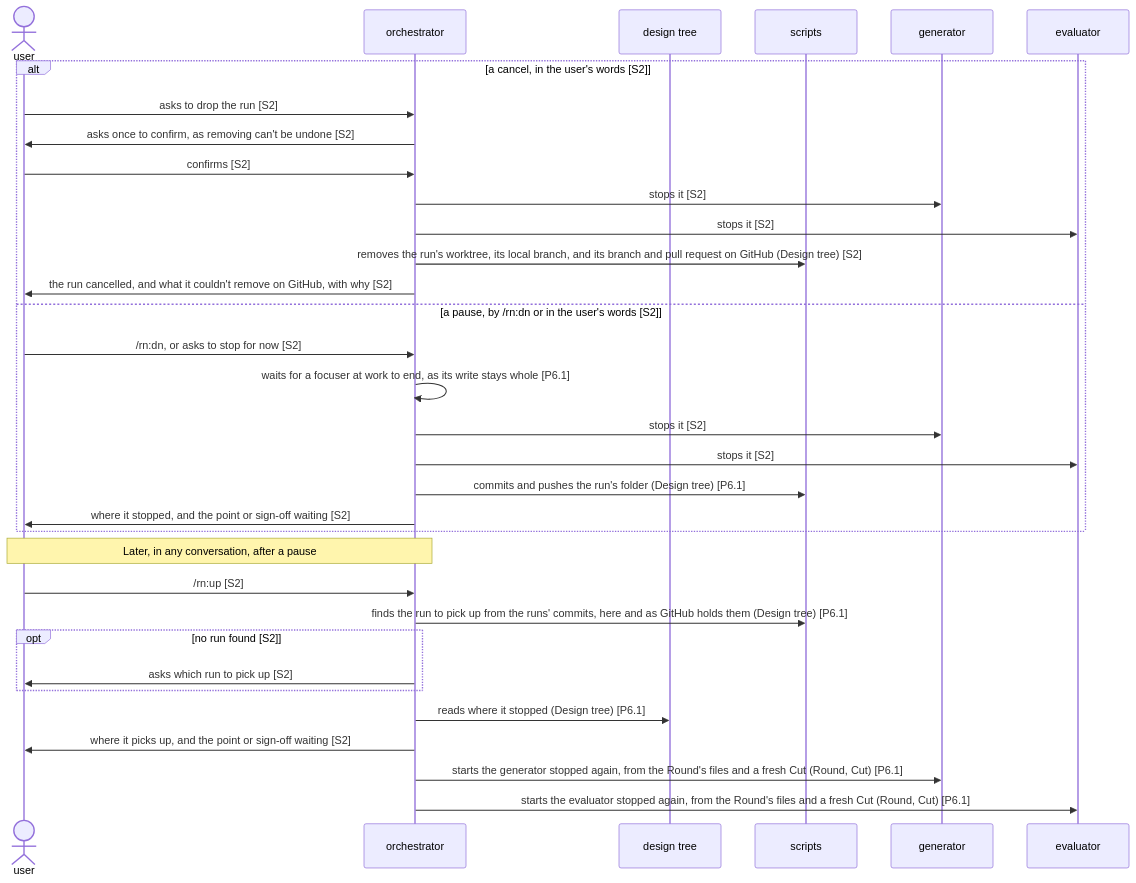
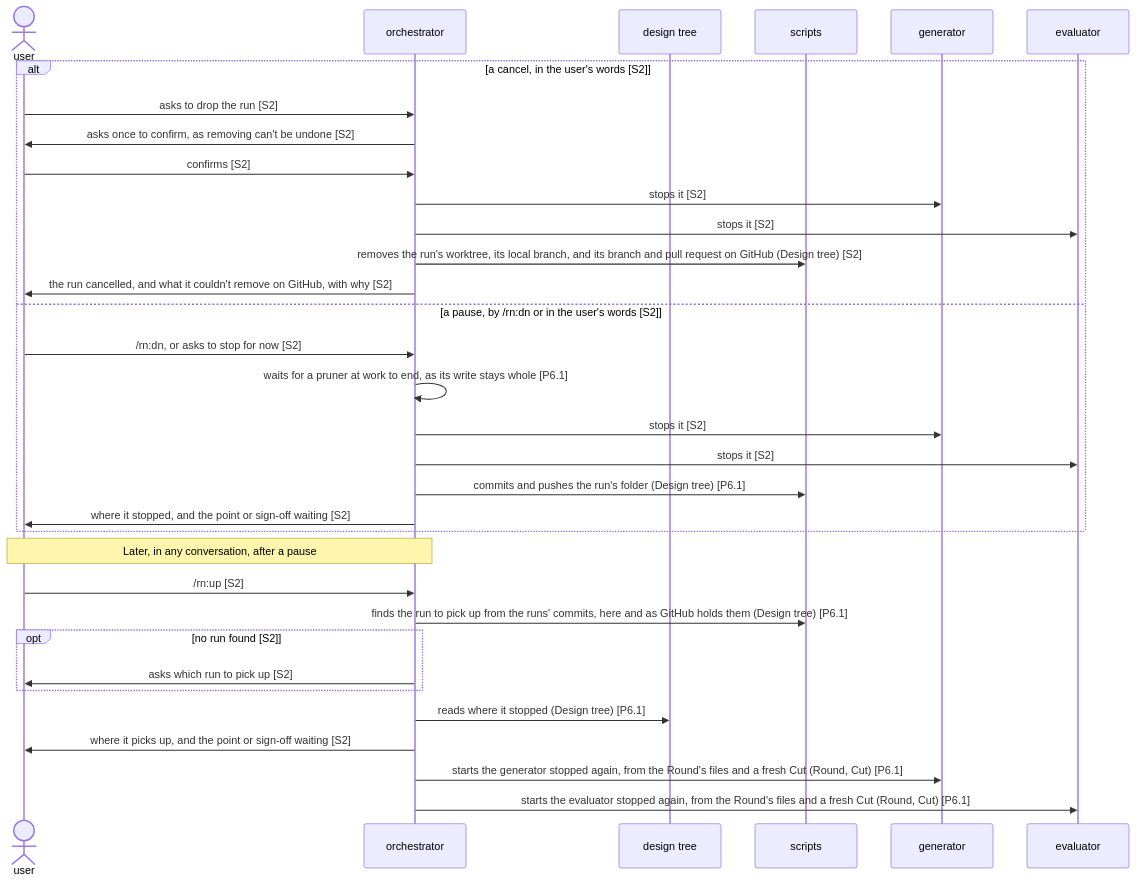
Before and after one commit to lovaizu/ccpm: the second of 2 diagrams in dev/rn/architecture.md, drawn with Mermaid. The commit also changed other lines of this file and 2 other files, not shown here.

First line of the commit message:
rn: its architecture names the pruner, the role that cuts the trivial many from the plan

````diff
--- a/dev/rn/architecture.md
+++ b/dev/rn/architecture.md
@@ -289,35 +289,35 @@
 ```mermaid
 sequenceDiagram
   actor U as user
   participant O as orchestrator
   participant T as design tree
   participant S as scripts
   participant G as generator
   participant E as evaluator
   alt a cancel, in the user's words [S2]
     U->>O: asks to drop the run [S2]
     O->>U: asks once to confirm, as removing can't be undone [S2]
     U->>O: confirms [S2]
     O->>G: stops it [S2]
     O->>E: stops it [S2]
     O->>S: removes the run's worktree, its local branch, and its branch and pull request on GitHub (Design tree) [S2]
     O->>U: the run cancelled, and what it couldn't remove on GitHub, with why [S2]
   else a pause, by /rn:dn or in the user's words [S2]
     U->>O: /rn:dn, or asks to stop for now [S2]
-    O->>O: waits for a focuser at work to end, as its write stays whole [P6.1]
+    O->>O: waits for a pruner at work to end, as its write stays whole [P6.1]
     O->>G: stops it [S2]
     O->>E: stops it [S2]
     O->>S: commits and pushes the run's folder (Design tree) [P6.1]
     O->>U: where it stopped, and the point or sign-off waiting [S2]
   end
   Note over U,O: Later, in any conversation, after a pause
   U->>O: /rn:up [S2]
   O->>S: finds the run to pick up from the runs' commits, here and as GitHub holds them (Design tree) [P6.1]
   opt no run found [S2]
     O->>U: asks which run to pick up [S2]
   end
   O->>T: reads where it stopped (Design tree) [P6.1]
   O->>U: where it picks up, and the point or sign-off waiting [S2]
   O->>G: starts the generator stopped again, from the Round's files and a fresh Cut (Round, Cut) [P6.1]
   O->>E: starts the evaluator stopped again, from the Round's files and a fresh Cut (Round, Cut) [P6.1]
 ```
````
